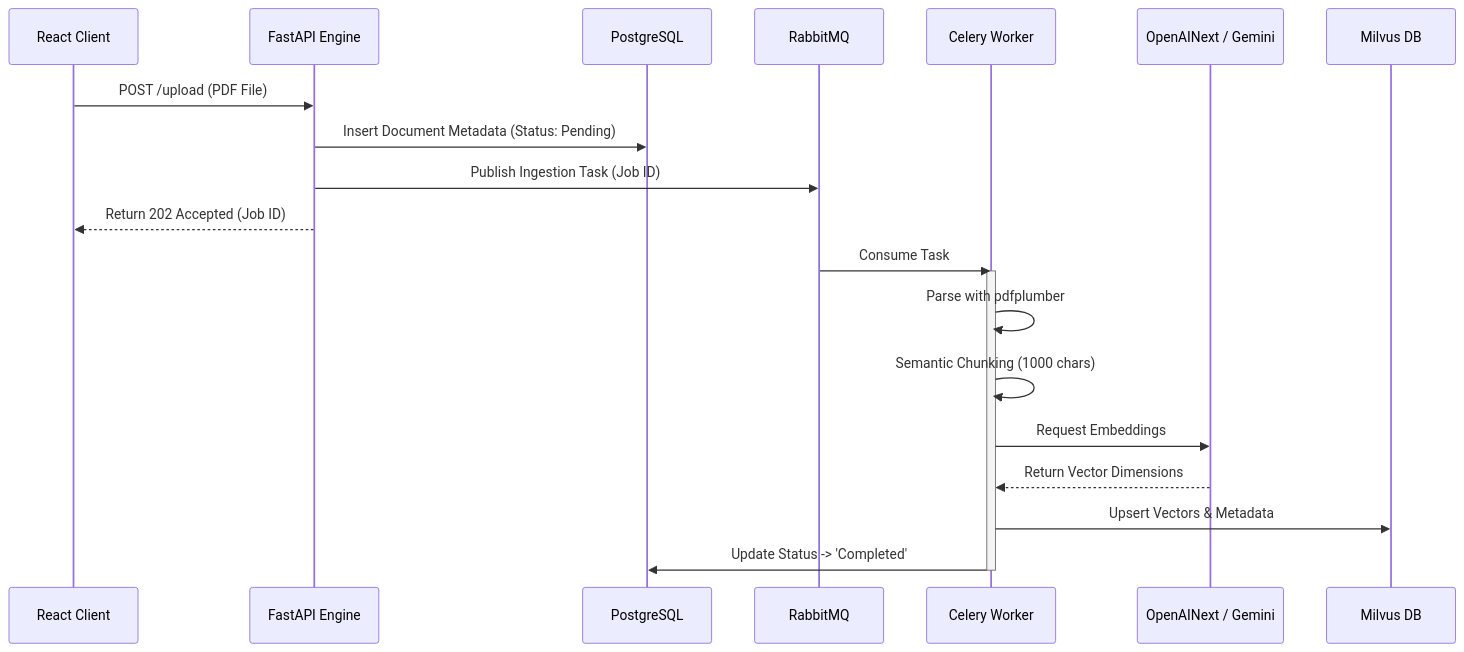
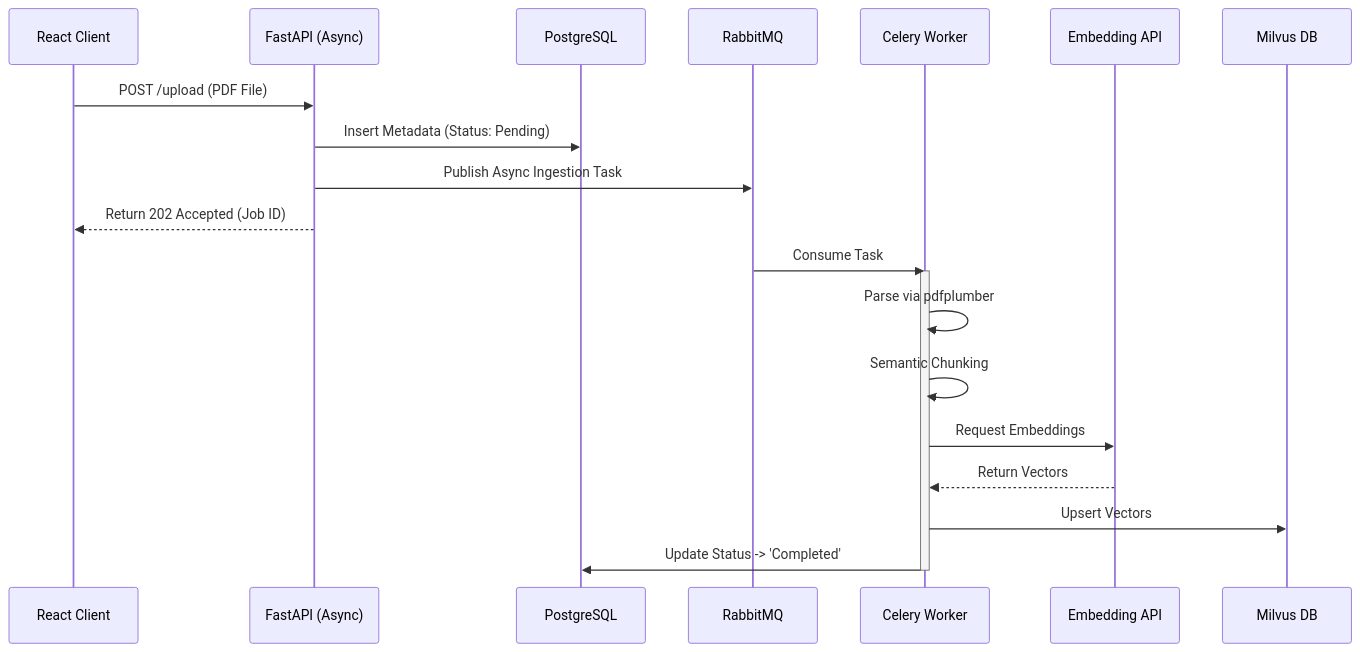
The first of 4 diagrams in README.md (joe-ging/AI_Stock_Analyst_Enterprise), drawn with Mermaid before and after one commit. The commit also changed other lines of this file and 1 other file, not shown here.

Commit message:
docs: Comprehensive SA rewrite incorporating full async pipelines, DB optimizations, multi-cloud networking, and Ragas framework

````diff
--- a/README.md
+++ b/README.md
@@ -44,25 +41,25 @@
 ```mermaid
 sequenceDiagram
     participant UI as React Client
-    participant Engine as FastAPI Engine
+    participant Engine as FastAPI (Async)
     participant PG as PostgreSQL
     participant MQ as RabbitMQ
     participant Worker as Celery Worker
-    participant AI as OpenAINext / Gemini
+    participant AI as Embedding API
     participant Milvus as Milvus DB
     
     UI->>Engine: POST /upload (PDF File)
-    Engine->>PG: Insert Document Metadata (Status: Pending)
-    Engine->>MQ: Publish Ingestion Task (Job ID)
+    Engine->>PG: Insert Metadata (Status: Pending)
+    Engine->>MQ: Publish Async Ingestion Task
     Engine-->>UI: Return 202 Accepted (Job ID)
     
     MQ->>Worker: Consume Task
     activate Worker
-    Worker->>Worker: Parse with pdfplumber
-    Worker->>Worker: Semantic Chunking (1000 chars)
+    Worker->>Worker: Parse via pdfplumber
+    Worker->>Worker: Semantic Chunking
     Worker->>AI: Request Embeddings
-    AI-->>Worker: Return Vector Dimensions
-    Worker->>Milvus: Upsert Vectors & Metadata
+    AI-->>Worker: Return Vectors
+    Worker->>Milvus: Upsert Vectors
     Worker->>PG: Update Status -> 'Completed'
     deactivate Worker
 ```
````
